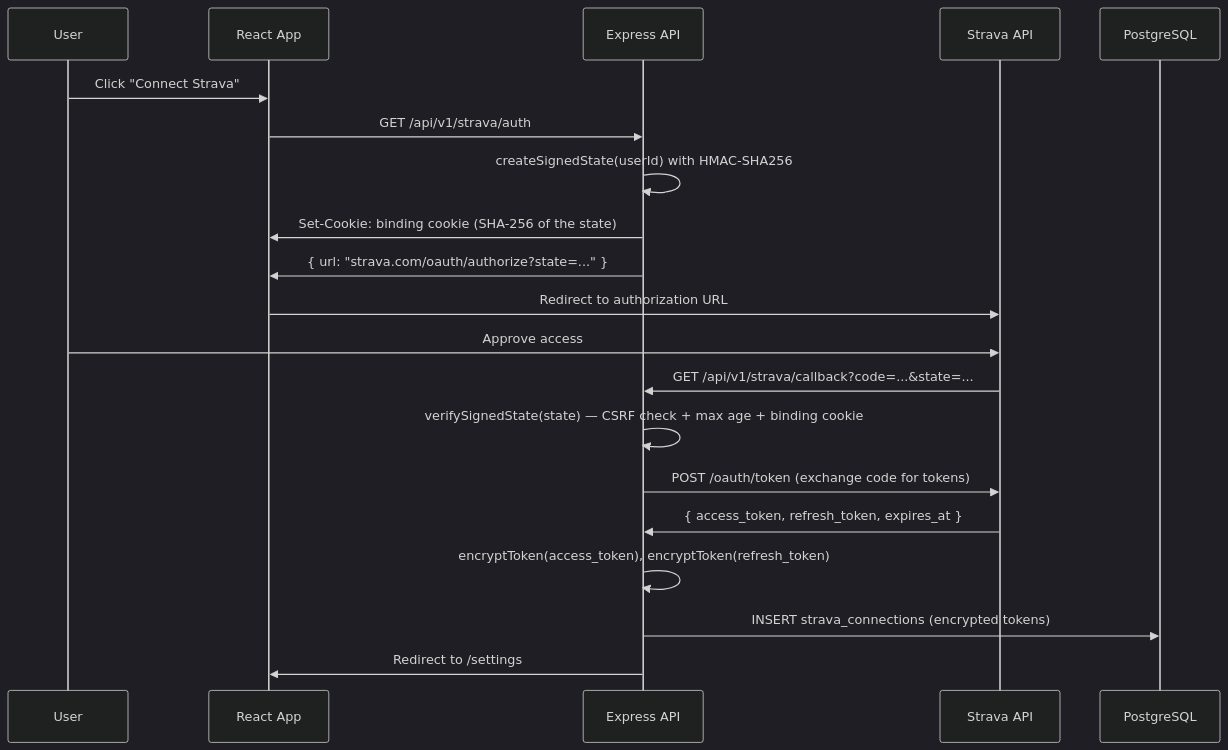
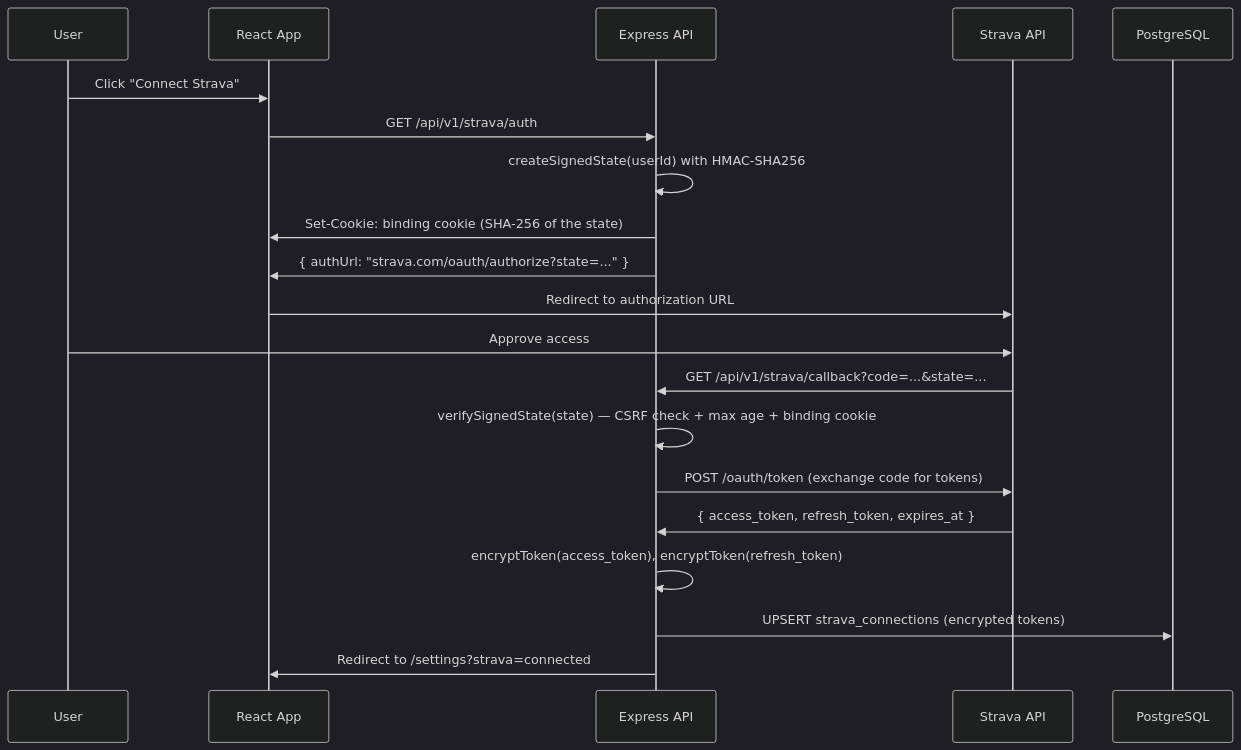
Before and after one commit to daler91/Hyrox-Companion: the first of 2 diagrams in docs/integrations.md, drawn with Mermaid (dark theme). The commit also changed other lines of this file and 1 other file, not shown here.

````diff
--- a/docs/integrations.md
+++ b/docs/integrations.md
@@ -59,23 +59,23 @@
 ```mermaid
 sequenceDiagram
     participant User
     participant Client as React App
     participant Server as Express API
     participant Strava as Strava API
     participant DB as PostgreSQL
     
     User->>Client: Click "Connect Strava"
     Client->>Server: GET /api/v1/strava/auth
     Server->>Server: createSignedState(userId) with HMAC-SHA256
     Server->>Client: Set-Cookie: binding cookie (SHA-256 of the state)
-    Server->>Client: { url: "strava.com/oauth/authorize?state=..." }
+    Server->>Client: { authUrl: "strava.com/oauth/authorize?state=..." }
     Client->>Strava: Redirect to authorization URL
     User->>Strava: Approve access
     Strava->>Server: GET /api/v1/strava/callback?code=...&state=...
     Server->>Server: verifySignedState(state) — CSRF check + max age + binding cookie
     Server->>Strava: POST /oauth/token (exchange code for tokens)
     Strava->>Server: { access_token, refresh_token, expires_at }
     Server->>Server: encryptToken(access_token), encryptToken(refresh_token)
-    Server->>DB: INSERT strava_connections (encrypted tokens)
-    Server->>Client: Redirect to /settings
+    Server->>DB: UPSERT strava_connections (encrypted tokens)
+    Server->>Client: Redirect to /settings?strava=connected
 ```
````
